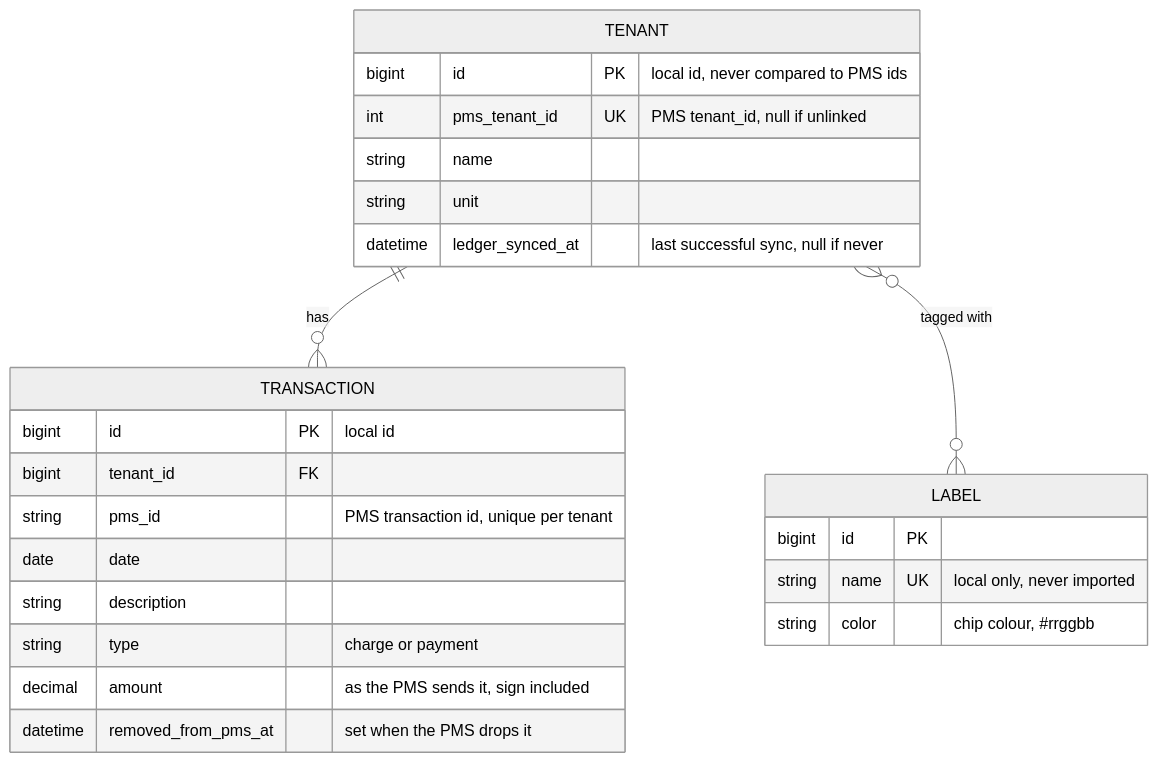
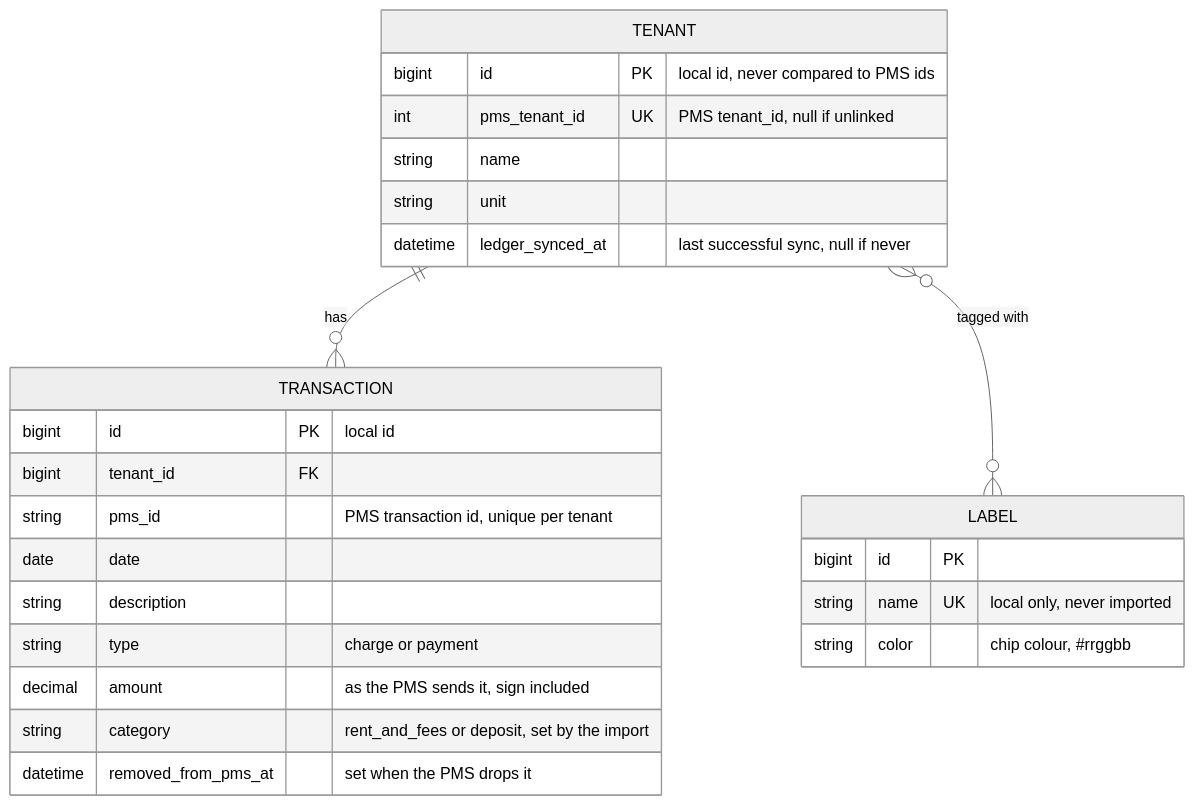
One commit to codybanksdev/rentable-code-challenge changed the third of 3 diagrams in docs/flow.md. Above: the diagram before and after it, drawn with Mermaid (neutral theme). The commit also changed other lines of this file and 27 other files, not shown here.

````diff
--- a/docs/flow.md
+++ b/docs/flow.md
@@ -92,27 +94,28 @@
 ```mermaid
 erDiagram
     TENANT ||--o{ TRANSACTION : has
     TENANT }o--o{ LABEL : "tagged with"
     TENANT {
         bigint id PK "local id, never compared to PMS ids"
         int pms_tenant_id UK "PMS tenant_id, null if unlinked"
         string name
         string unit
         datetime ledger_synced_at "last successful sync, null if never"
     }
     LABEL {
         bigint id PK
         string name UK "local only, never imported"
         string color "chip colour, #rrggbb"
     }
     TRANSACTION {
         bigint id PK "local id"
         bigint tenant_id FK
         string pms_id "PMS transaction id, unique per tenant"
         date date
         string description
         string type "charge or payment"
         decimal amount "as the PMS sends it, sign included"
+        string category "rent_and_fees or deposit, set by the import"
         datetime removed_from_pms_at "set when the PMS drops it"
     }
 ```
````
